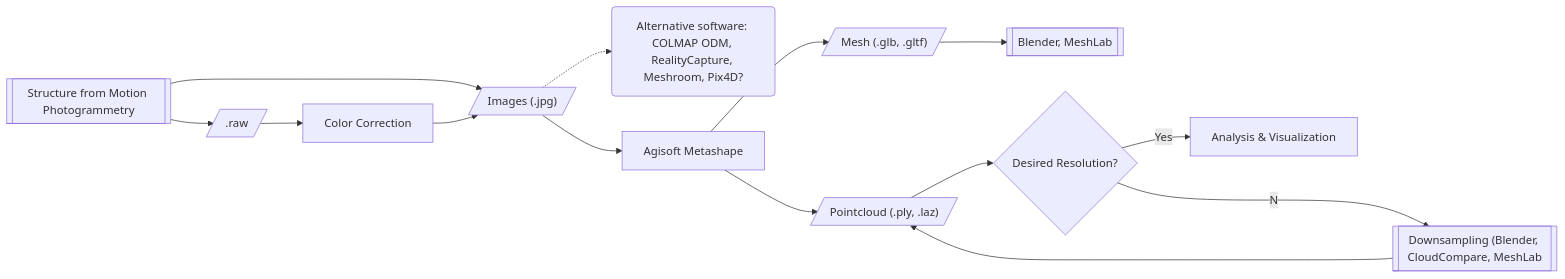
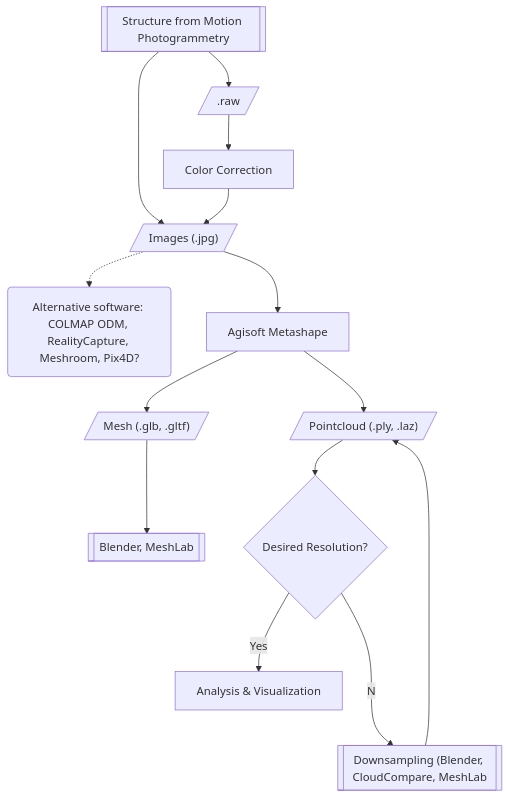
The diagram in README.md (KCollins/reefVR), drawn with Mermaid before and after one commit.

````diff
--- a/README.md
+++ b/README.md
@@ -4,16 +4,16 @@
 ```mermaid
-flowchart LR
+flowchart TD
 n1[["Structure from Motion Photogrammetry"]]-->n2[/".raw"/]
 n2-->n12["Color Correction"]
 n1-->n3[/"Images (.jpg)"/]
 n12-->n3
 n3-.->n5("Alternative software: COLMAP ODM, RealityCapture, Meshroom, Pix4D?")
 n3-->n4["Agisoft Metashape"]
 n4-->n6[/"Mesh (.glb, .gltf)"/]
 n6-->n7[["Blender, MeshLab"]]
 n4-->n8[/"Pointcloud (.ply, .laz)"/]
 n8-->n9{"Desired Resolution?"}
 n9 --No-->n10[["Downsampling (Blender, CloudCompare, MeshLab"]]
 n9--Yes-->n11["Analysis & Visualization"]
 n10-->n8
 ```
````
